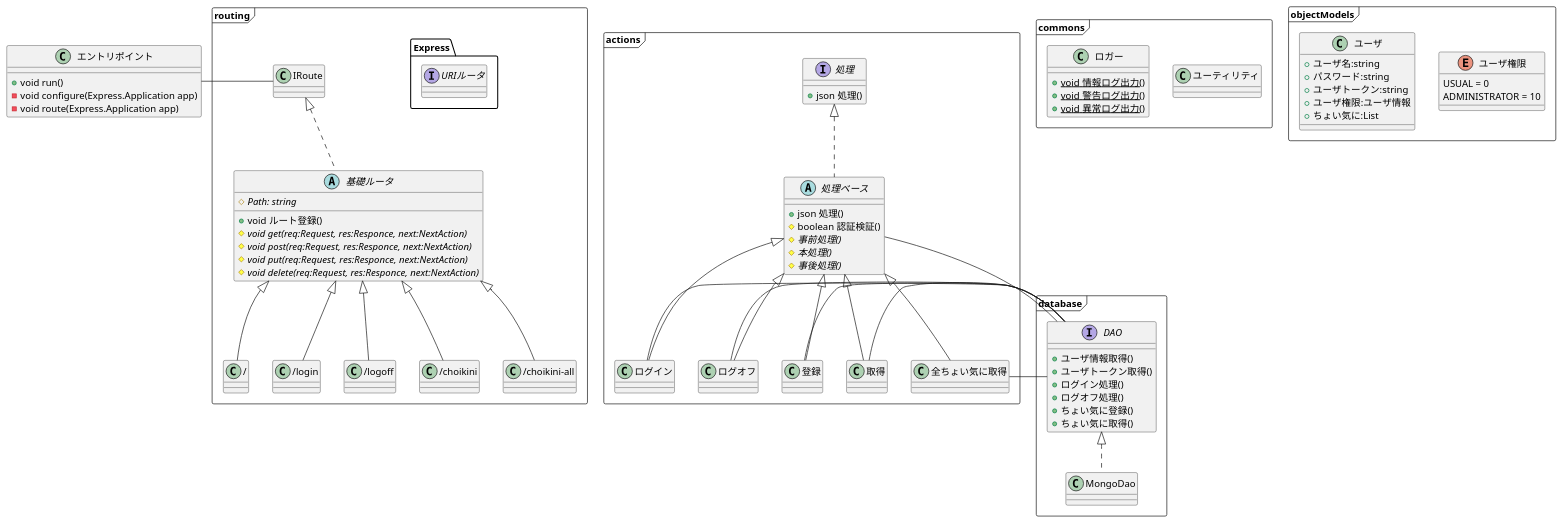
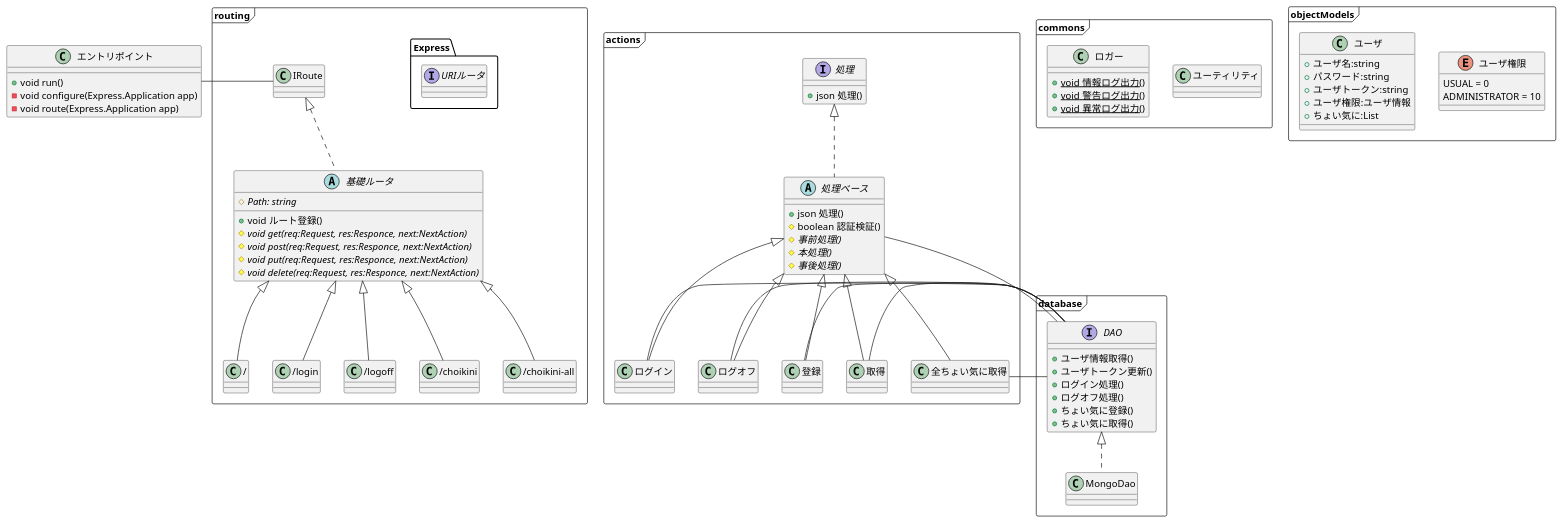
One commit to filunK/choikini changed the diagram in design/01-requirement/02-01_CL_classdiagram.puml. Above: the diagram before and after it, drawn with PlantUML. The commit also changed 7 other files, not shown here.

```diff
--- a/design/01-requirement/02-01_CL_classdiagram.puml
+++ b/design/01-requirement/02-01_CL_classdiagram.puml
@@ -1,145 +1,145 @@
 @startuml
 
     
     package commons <<Frame>> {
         class ユーティリティ {
 
         }
 
         class Logger as "ロガー" {
             +{static} void 情報ログ出力()
             +{static} void 警告ログ出力()
             +{static} void 異常ログ出力()
             
         }
         
     }
     
     
     class Application as "エントリポイント" {
         +void run()
         -void configure(Express.Application app)
         -void route(Express.Application app)
     }
 
     package routing <<Frame>> {
 
         Application - IRoute
         interface Express.IRoute as "URIルータ" {
         }
 
         IRoute <|.. RouteBase
         abstract class RouteBase as "基礎ルータ" {
             #{abstract}Path: string
             +void ルート登録()
             #{abstract}void get(req:Request, res:Responce, next:NextAction)
             #{abstract}void post(req:Request, res:Responce, next:NextAction)
             #{abstract}void put(req:Request, res:Responce, next:NextAction)
             #{abstract}void delete(req:Request, res:Responce, next:NextAction)
         }
 
         RouteBase <|-- Index
         class Index as "/" {
         }
 
         RouteBase <|-- Login
         class Login as "/login" {
         }
 
         RouteBase <|-- Logoff
         class Logoff as "/logoff" {
         }
 
         RouteBase <|-- Choikini
         class Choikini as "/choikini" {
         }
         
         RouteBase <|-- ChoikiniAll
         class ChoikiniAll as "/choikini-all" {
         }
 
     }
     
     
     package actions <<Frame>> {
         interface IActionable as "処理" {
             +json 処理()
         }
 
         IActionable <|.. ActionBase
         abstract class ActionBase as "処理ベース" {
             +json 処理()
             #boolean 認証検証()
             #{abstract} 事前処理()
             #{abstract} 本処理()
             #{abstract} 事後処理()
         }
         
         ActionBase <|-- LoginAction
         class LoginAction as "ログイン" {
         }
         
         ActionBase <|-- LogoffAction
         class LogoffAction as "ログオフ" {
         }
 
         ActionBase <|-- RegistAction
         class RegistAction as "登録" {
         }
 
         ActionBase <|-- SelectAction
         class SelectAction as "取得" {
         }
 
         ActionBase <|-- SelectAllAction
         class SelectAllAction as "全ちょい気に取得" {
         }
 
     }
     
     
     
     package database <<Frame>> {
 
         ActionBase - Dao
         LoginAction - Dao
         LogoffAction - Dao
         RegistAction - Dao
         SelectAction - Dao
         SelectAllAction - Dao
         interface Dao as "DAO" {
             +ユーザ情報取得()
-            +ユーザトークン取得()
+            +ユーザトークン更新()
             +ログイン処理()
             +ログオフ処理()
             +ちょい気に登録()
             +ちょい気に取得()
             
         }
 
         Dao <|.. MongoDao
         class MongoDao {
         }
 
     }
     
     
     package objectModels <<Frame>> {
         enum userAuthType as "ユーザ権限" {
             USUAL = 0
             ADMINISTRATOR = 10
         }
     
         class User as "ユーザ" {
             +ユーザ名:string
             +パスワード:string
             +ユーザトークン:string
             +ユーザ権限:ユーザ情報
             +ちょい気に:List
         }
  
     }
 
 
 
 @enduml
```
